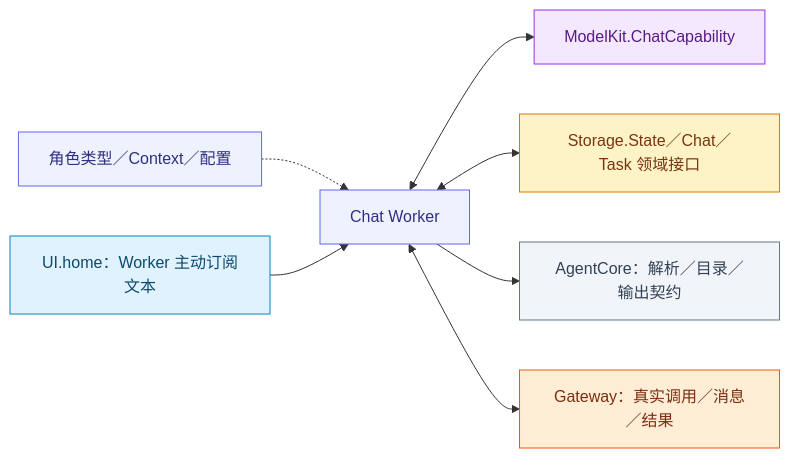
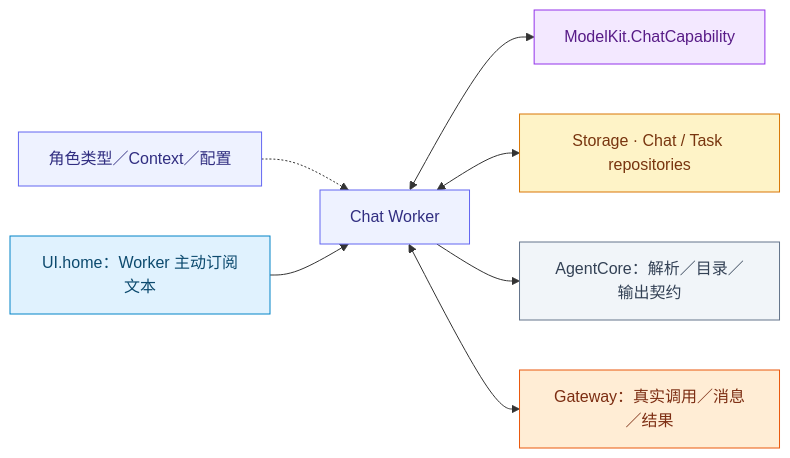
The first of 2 diagrams in MobileHarness/Agents/Support/Chat/README.md (devilyouwei/MobileHarness), drawn with Mermaid before and after one commit. The commit also changed other lines of this file and 352 other files, not shown here.

````diff
--- a/MobileHarness/Agents/Support/Chat/README.md
+++ b/MobileHarness/Agents/Support/Chat/README.md
@@ -20,24 +20,24 @@
 ```mermaid
 flowchart LR
  A["角色类型／Context／配置"]:::agent
  W["Chat Worker"]:::agent
  U["UI.home：Worker 主动订阅文本"]:::ui
  M["ModelKit.ChatCapability"]:::model
- S["Storage.State／Chat／Task 领域接口"]:::storage
+ S["Storage · Chat / Task repositories"]:::storage
  C["AgentCore：解析／目录／输出契约"]:::host
  G["Gateway：真实调用／消息／结果"]:::gateway
  A -.-> W
  U --> W
  W <--> M
  W <--> S
  W --> C
  W <--> G
  classDef ui fill:#e0f2fe,stroke:#0284c7,color:#0c4a6e
  classDef platform fill:#dcfce7,stroke:#16a34a,color:#14532d
  classDef model fill:#f3e8ff,stroke:#9333ea,color:#581c87
  classDef storage fill:#fef3c7,stroke:#d97706,color:#78350f
  classDef agent fill:#eef2ff,stroke:#6366f1,color:#312e81
  classDef gateway fill:#ffedd5,stroke:#ea580c,color:#7c2d12
  classDef action fill:#ffe4e6,stroke:#e11d48,color:#881337
  classDef host fill:#f1f5f9,stroke:#64748b,color:#334155
 ```
````
